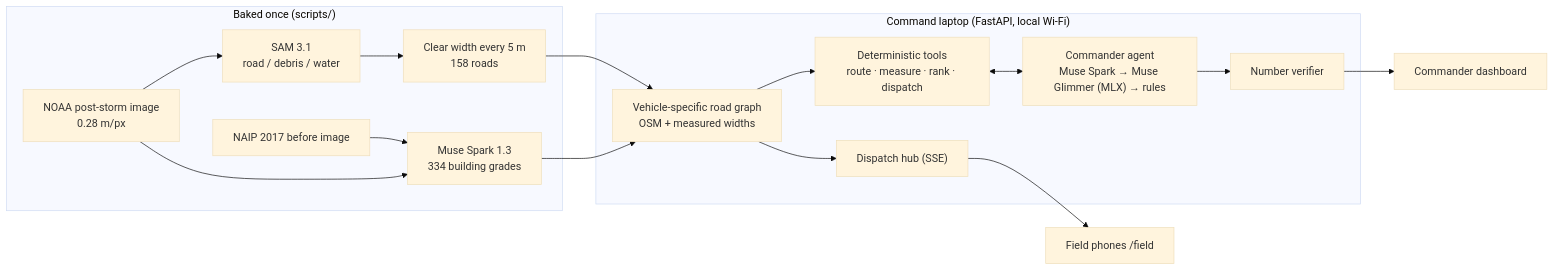
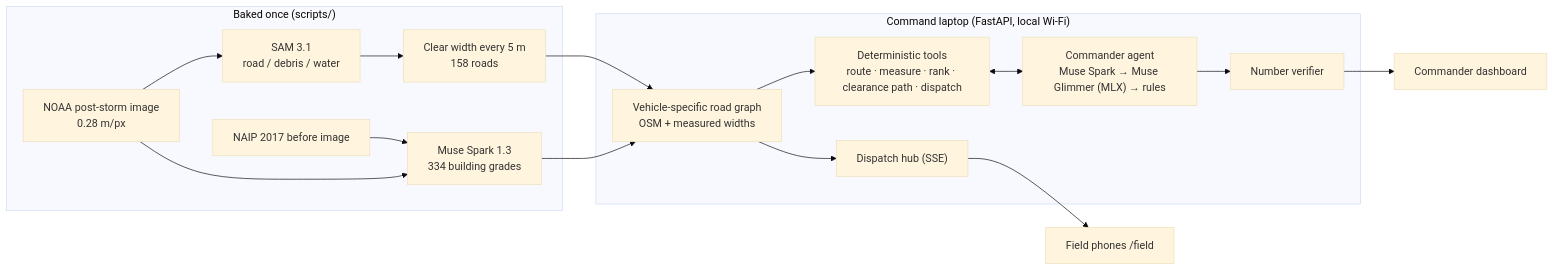
One commit to anbestephen/FirstLight changed the diagram in README.md. Above: the diagram before and after it, drawn with Mermaid (base theme). The commit also changed other lines of this file and 6 other files, not shown here.

````diff
--- a/README.md
+++ b/README.md
@@ -50,19 +50,19 @@
 ```mermaid
 flowchart LR
     subgraph Offline_bake["Baked once (scripts/)"]
         NOAA["NOAA post-storm image<br/>0.28 m/px"] --> SAM["SAM 3.1<br/>road / debris / water"]
         SAM --> MEAS["Clear width every 5 m<br/>158 roads"]
         NAIP["NAIP 2017 before image"] --> SPARK["Muse Spark 1.3<br/>334 building grades"]
         NOAA --> SPARK
     end
     subgraph Laptop["Command laptop (FastAPI, local Wi-Fi)"]
         MEAS --> GRAPH["Vehicle-specific road graph<br/>OSM + measured widths"]
         SPARK --> GRAPH
-        GRAPH --> TOOLS["Deterministic tools<br/>route · measure · rank · dispatch"]
+        GRAPH --> TOOLS["Deterministic tools<br/>route · measure · rank · clearance path · dispatch"]
         TOOLS <--> AGENT["Commander agent<br/>Muse Spark → Muse Glimmer (MLX) → rules"]
         AGENT --> VERIFY["Number verifier"]
         GRAPH --> SSE["Dispatch hub (SSE)"]
     end
     SSE --> PHONE["Field phones /field"]
     VERIFY --> UI["Commander dashboard"]
 ```
````
